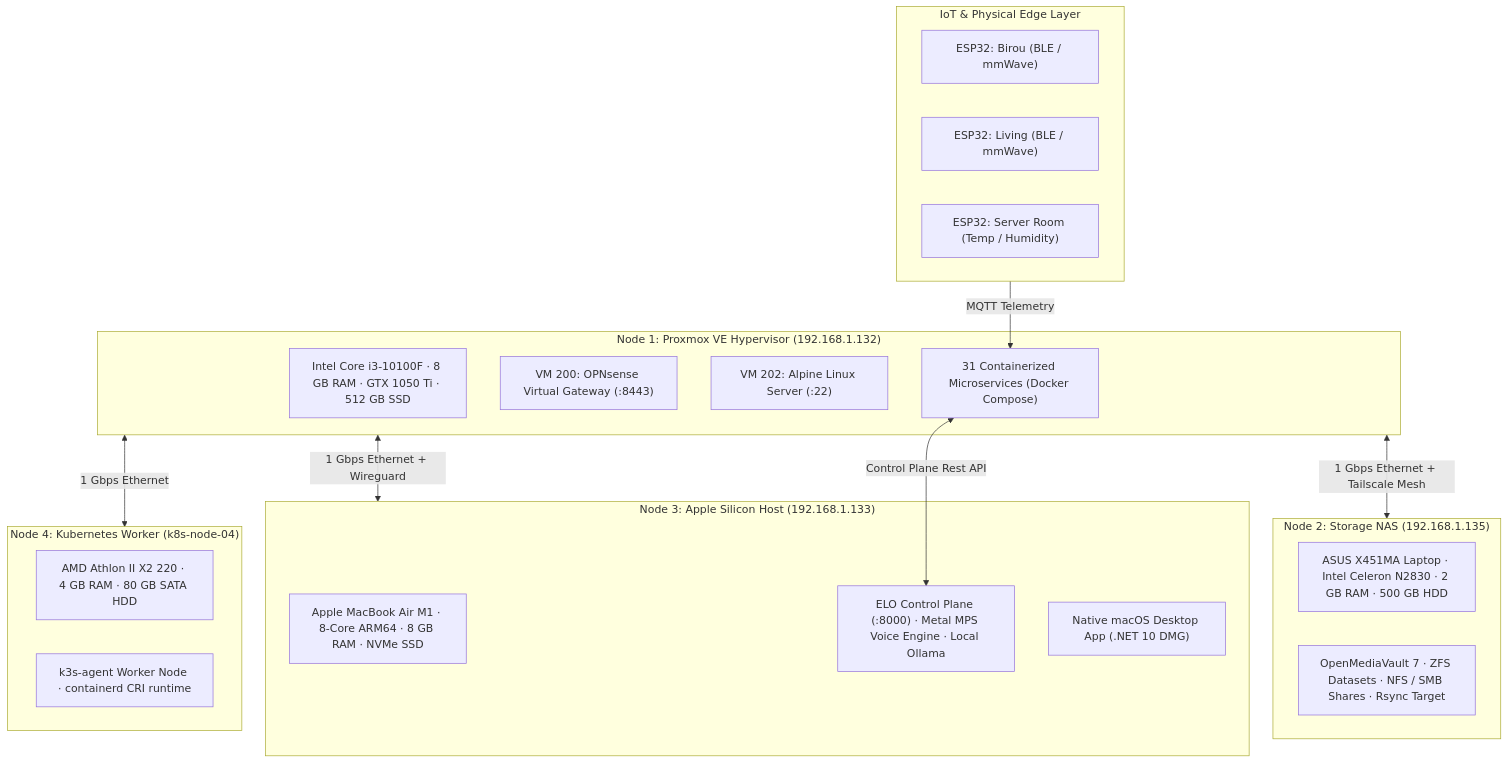
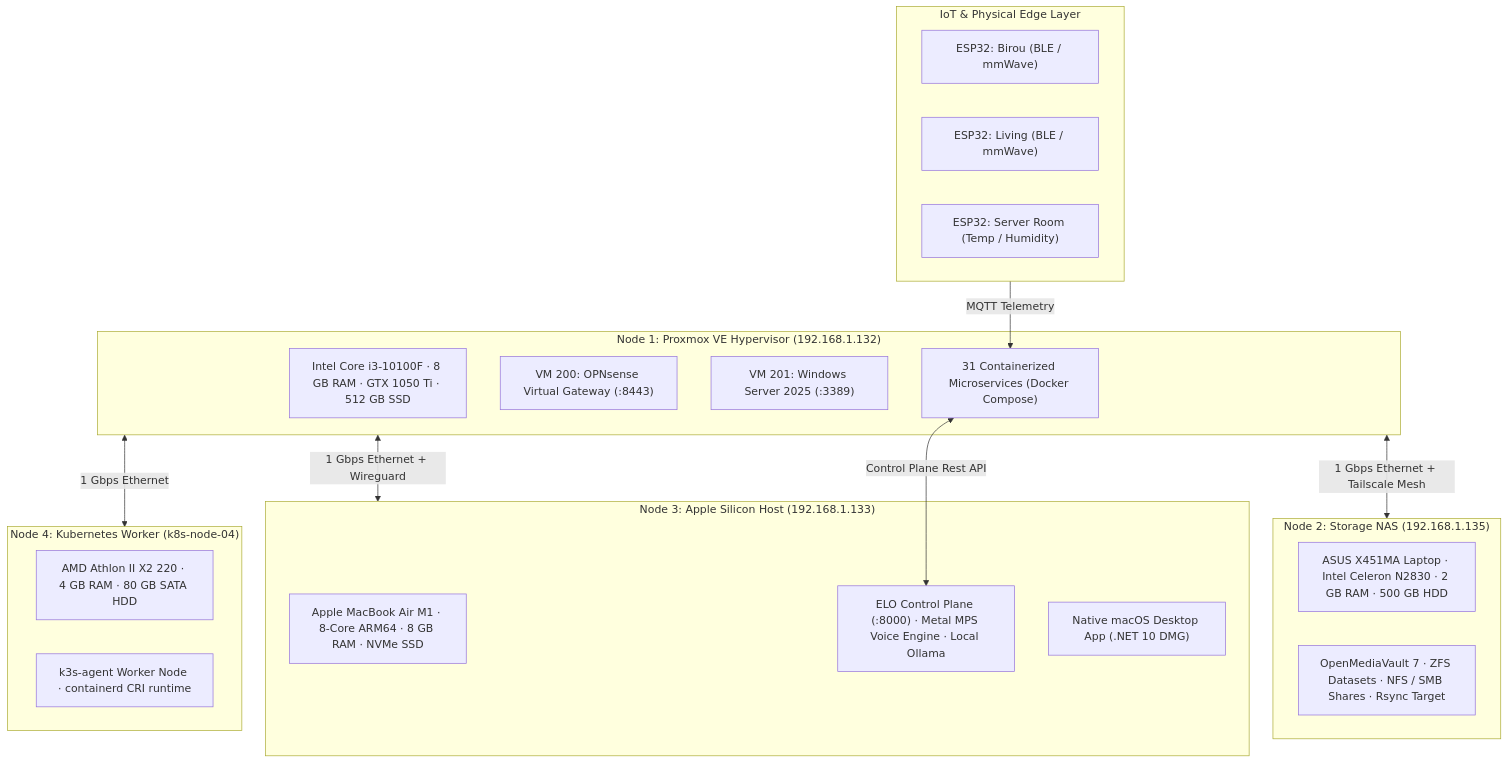
Before and after one commit to stefanutc1/datacenter: the first of 4 diagrams in ARCHITECTURE.md, drawn with Mermaid. The commit also changed 16 other files, not shown here.

Commit message:
feat(infra): add Windows Server 2025 (VM 201) to inventory, site & docs; restore GitHub Pages CI/CD workflow

````diff
--- a/ARCHITECTURE.md
+++ b/ARCHITECTURE.md
@@ -20,37 +20,37 @@
 ```mermaid
 graph TB
     subgraph NODE1["Node 1: Proxmox VE Hypervisor (192.168.1.132)"]
         PVE_HW["Intel Core i3-10100F · 8 GB RAM · GTX 1050 Ti · 512 GB SSD"]
         VM200["VM 200: OPNsense Virtual Gateway (:8443)"]
-        VM202["VM 202: Alpine Linux Server (:22)"]
+        VM201["VM 201: Windows Server 2025 (:3389)"]
         LXC_STACK["31 Containerized Microservices (Docker Compose)"]
     end
 
     subgraph NODE2["Node 2: Storage NAS (192.168.1.135)"]
         OMV_HW["ASUS X451MA Laptop · Intel Celeron N2830 · 2 GB RAM · 500 GB HDD"]
         OMV_APP["OpenMediaVault 7 · ZFS Datasets · NFS / SMB Shares · Rsync Target"]
     end
 
     subgraph NODE3["Node 3: Apple Silicon Host (192.168.1.133)"]
         M1_HW["Apple MacBook Air M1 · 8-Core ARM64 · 8 GB RAM · NVMe SSD"]
         ELO_ENGINE["ELO Control Plane (:8000) · Metal MPS Voice Engine · Local Ollama"]
         MACOS_APP["Native macOS Desktop App (.NET 10 DMG)"]
     end
 
     subgraph NODE4["Node 4: Kubernetes Worker (k8s-node-04)"]
         K8S_HW["AMD Athlon II X2 220 · 4 GB RAM · 80 GB SATA HDD"]
         K3S_AGENT["k3s-agent Worker Node · containerd CRI runtime"]
     end
 
     subgraph EDGE["IoT & Physical Edge Layer"]
         ESP_OFFICE["ESP32: Birou (BLE / mmWave)"]
         ESP_LIVING["ESP32: Living (BLE / mmWave)"]
         ESP_SERVER["ESP32: Server Room (Temp / Humidity)"]
     end
 
     NODE1 <-->|1 Gbps Ethernet + Tailscale Mesh| NODE2
     NODE1 <-->|1 Gbps Ethernet + Wireguard| NODE3
     NODE1 <-->|1 Gbps Ethernet| NODE4
     EDGE -->|MQTT Telemetry| LXC_STACK
     LXC_STACK <-->|Control Plane Rest API| ELO_ENGINE
 ```
````
